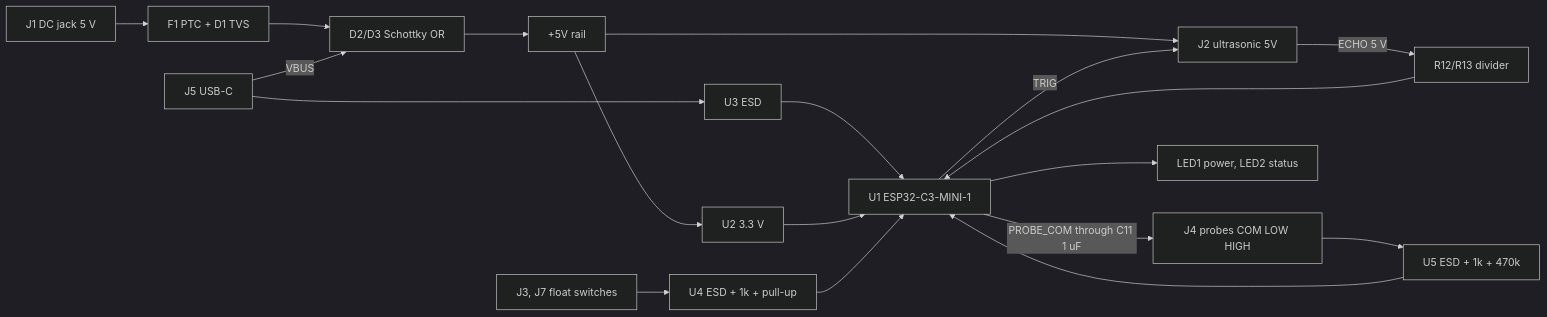
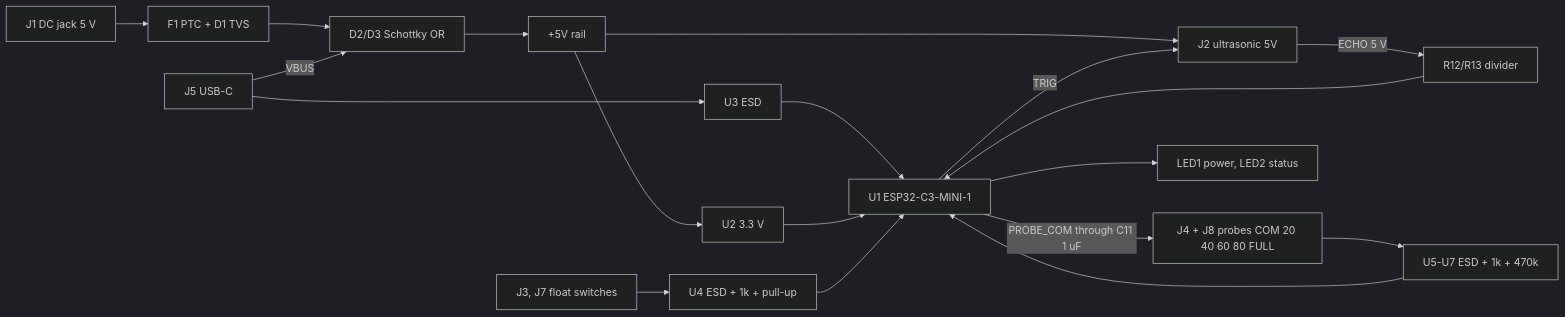
The diagram in PLAN.md (ElectroIoT/ESP32-S3-TankPilot), drawn with Mermaid (dark theme) before and after one commit. The commit also changed other lines of this file and 1 other file, not shown here.

Commit message:
Tank node: COM + 5 level probes (20-100 %), JSN-SR04T notes, GPIO map for 15 pins, BOM updated

````diff
--- a/PLAN.md
+++ b/PLAN.md
@@ -29,14 +29,14 @@
 ```mermaid
 flowchart LR
   DC["J1 DC jack 5 V"] --> F["F1 PTC + D1 TVS"] --> OR["D2/D3 Schottky OR"]
   USB["J5 USB-C"] --> ESD["U3 ESD"] --> MCU
   USB -->|VBUS| OR
   OR --> V5["+5V rail"] --> LDO["U2 3.3 V"] --> MCU["U1 ESP32-C3-MINI-1"]
   V5 --> US["J2 ultrasonic 5V"]
   MCU -->|TRIG| US
   US -->|"ECHO 5 V"| DIV["R12/R13 divider"] --> MCU
   FL["J3, J7 float switches"] --> U4["U4 ESD + 1k + pull-up"] --> MCU
-  PR["J4 probes COM LOW HIGH"] --> U5["U5 ESD + 1k + 470k"] --> MCU
+  PR["J4 + J8 probes COM 20 40 60 80 FULL"] --> U5["U5-U7 ESD + 1k + 470k"] --> MCU
   MCU -->|"PROBE_COM through C11 1 uF"| PR
   MCU --> LED["LED1 power, LED2 status"]
 ```
````
